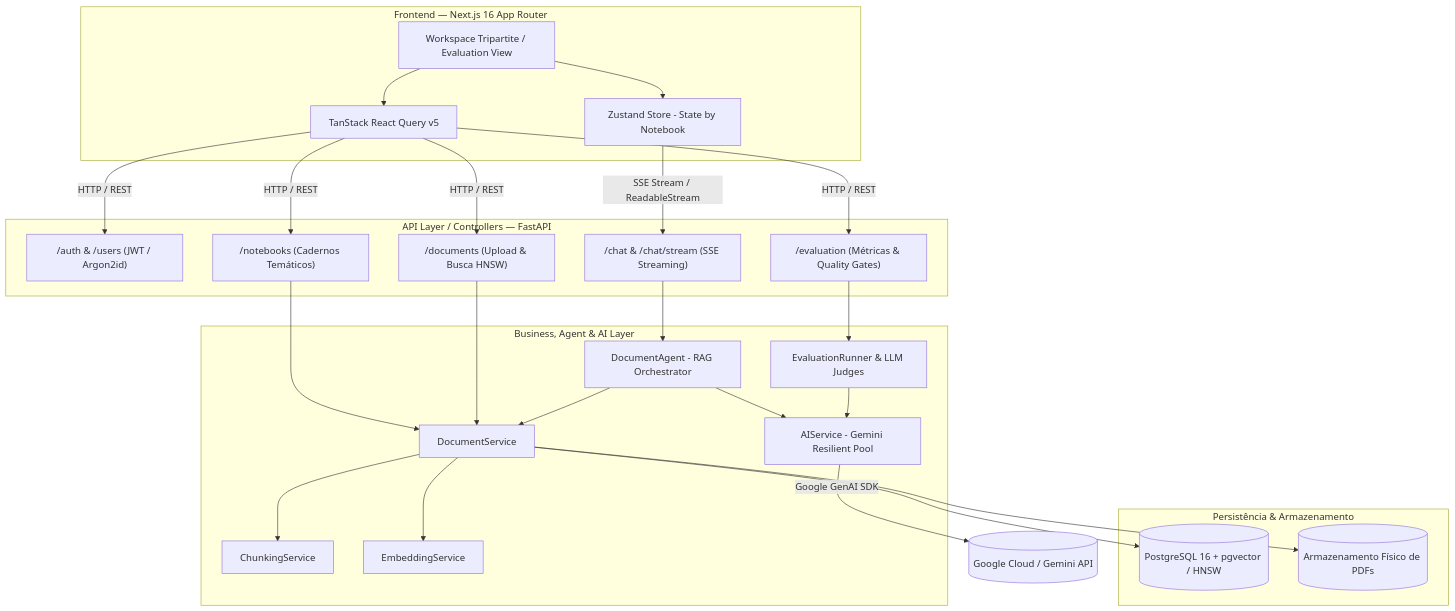
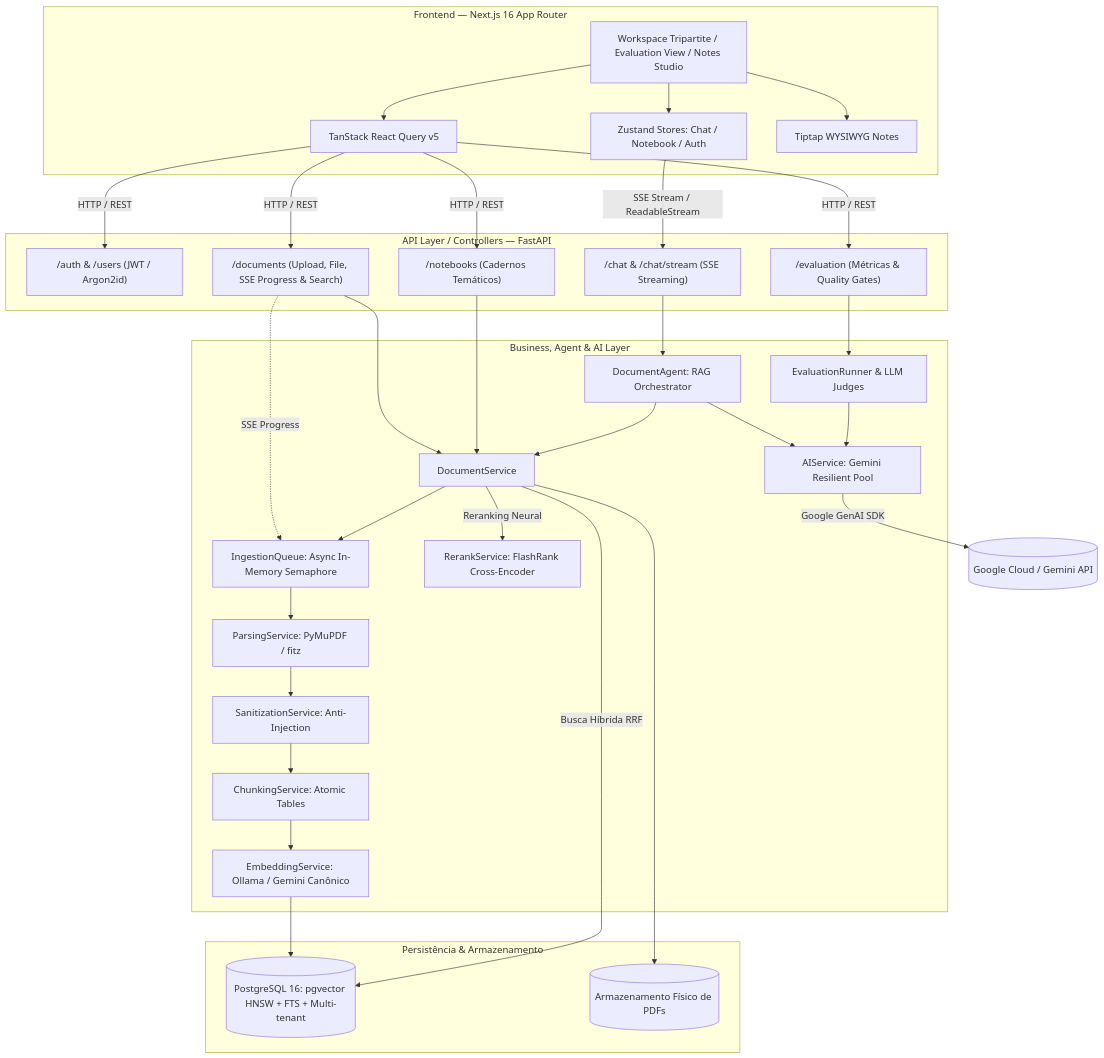
Before and after one commit to WMatias-Dev/document-ai-platform: the first of 3 diagrams in readme.md, drawn with Mermaid. The commit also changed other lines of this file, not shown here.

````diff
--- a/readme.md
+++ b/readme.md
@@ -47,53 +73,65 @@
 ```mermaid
 flowchart TB
     subgraph FrontendLayer [Frontend — Next.js 16 App Router]
-        UI[Workspace Tripartite / Evaluation View]
-        ZustandStore[Zustand Store - State by Notebook]
+        UI[Workspace Tripartite / Evaluation View / Notes Studio]
+        ZustandStore[Zustand Stores: Chat / Notebook / Auth]
         ReactQuery[TanStack React Query v5]
+        TiptapEditor[Tiptap WYSIWYG Notes]
         UI --> ZustandStore
         UI --> ReactQuery
+        UI --> TiptapEditor
     end
 
     subgraph APILayer [API Layer / Controllers — FastAPI]
         AuthRouter["/auth & /users (JWT / Argon2id)"]
         NotebookRouter["/notebooks (Cadernos Temáticos)"]
-        DocRouter["/documents (Upload & Busca HNSW)"]
+        DocRouter["/documents (Upload, File, SSE Progress & Search)"]
         ChatRouter["/chat & /chat/stream (SSE Streaming)"]
         EvalRouter["/evaluation (Métricas & Quality Gates)"]
     end
 
     subgraph ServiceLayer [Business, Agent & AI Layer]
         DocService[DocumentService]
-        ChunkService[ChunkingService]
-        EmbedService[EmbeddingService]
-        Agent[DocumentAgent - RAG Orchestrator]
-        AIService[AIService - Gemini Resilient Pool]
+        ParsingService[ParsingService: PyMuPDF / fitz]
+        SanitizationService[SanitizationService: Anti-Injection]
+        ChunkService[ChunkingService: Atomic Tables]
+        EmbedService[EmbeddingService: Ollama / Gemini Canônico]
+        IngestQueue[IngestionQueue: Async In-Memory Semaphore]
+        Reranker[RerankService: FlashRank Cross-Encoder]
+        Agent[DocumentAgent: RAG Orchestrator]
+        AIService[AIService: Gemini Resilient Pool]
         EvalRunner[EvaluationRunner & LLM Judges]
     end
 
     subgraph DataLayer [Persistência & Armazenamento]
-        DB[(PostgreSQL 16 + pgvector / HNSW)]
+        DB[(PostgreSQL 16: pgvector HNSW + FTS + Multi-tenant)]
         Disk[(Armazenamento Físico de PDFs)]
     end
 
     ReactQuery -->|HTTP / REST| AuthRouter
     ReactQuery -->|HTTP / REST| NotebookRouter
     ReactQuery -->|HTTP / REST| DocRouter
     ReactQuery -->|HTTP / REST| EvalRouter
     ZustandStore -->|SSE Stream / ReadableStream| ChatRouter
+    DocRouter -.->|SSE Progress| IngestQueue
 
+    DocRouter --> DocService
     NotebookRouter --> DocService
-    DocRouter --> DocService
     ChatRouter --> Agent
     EvalRouter --> EvalRunner
 
-    DocService --> ChunkService
-    DocService --> EmbedService
-    DocService --> DB
+    DocService --> IngestQueue
+    IngestQueue --> ParsingService
+    ParsingService --> SanitizationService
+    SanitizationService --> ChunkService
+    ChunkService --> EmbedService
+    EmbedService --> DB
     DocService --> Disk
 
     Agent --> DocService
+    DocService -->|Busca Híbrida RRF| DB
+    DocService -->|Reranking Neural| Reranker
     Agent --> AIService
     EvalRunner --> AIService
     AIService -->|Google GenAI SDK| GeminiAPI[(Google Cloud / Gemini API)]
 ```
````
